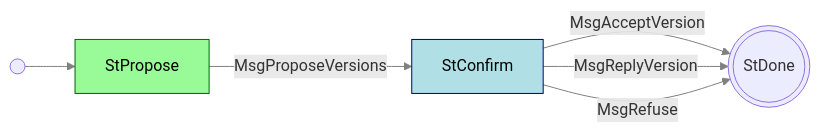
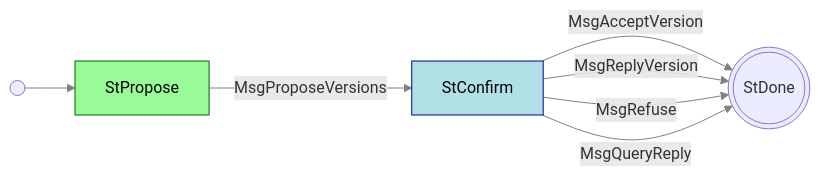
One commit to rkuhn/cardano-blueprint changed the diagram in src/network/node-to-node/handshake/README.md. Above: the diagram before and after it, drawn with Mermaid. The commit also changed other lines of this file and 10 other files, not shown here.

````diff
--- a/src/network/node-to-node/handshake/README.md
+++ b/src/network/node-to-node/handshake/README.md
@@ -24,17 +32,18 @@
 ```mermaid
 graph LR
     classDef client color:black,fill:PaleGreen,stroke:DarkGreen;
     classDef server color:black,fill:PowderBlue,stroke:DarkBlue;
     linkStyle default stroke:gray
     
     StDone(((StDone)))
 
     i(( )) --> StPropose
     StPropose --MsgProposeVersions--> StConfirm
     StConfirm --MsgAcceptVersion--> StDone
     StConfirm --MsgReplyVersion--> StDone
     StConfirm --MsgRefuse--> StDone
+    StConfirm --MsgQueryReply--> StDone
 
     class StPropose client
     class StConfirm server
 ```
````
